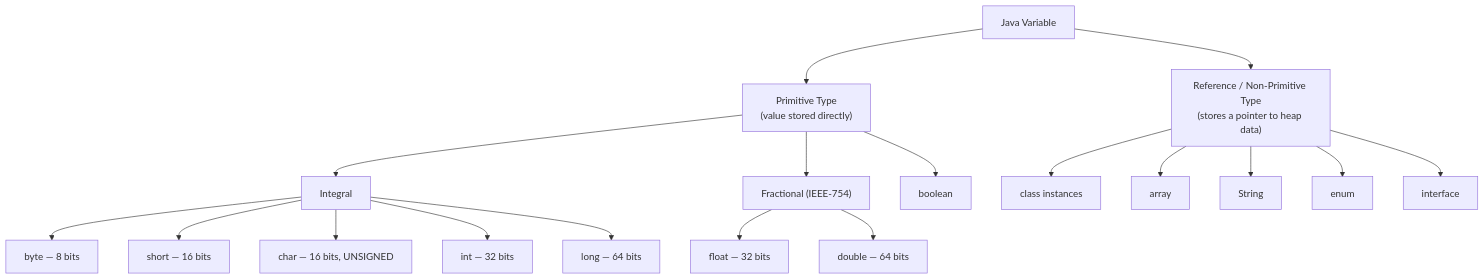
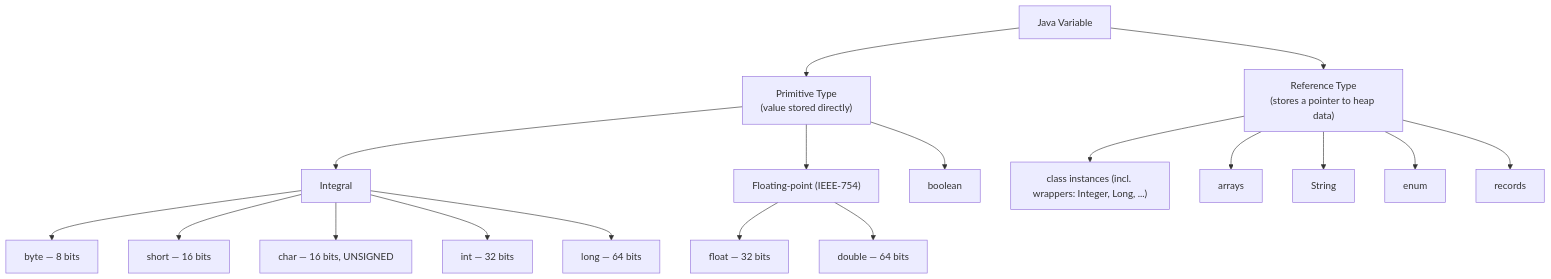
One commit to prabhu-raghunathan/java-learn changed the first of 2 diagrams in docs/01-core-java/variables-and-primitive-types.md. Above: the diagram before and after it, drawn with Mermaid. The commit also changed other lines of this file and 28 other files, not shown here.

````diff
--- a/docs/01-core-java/variables-and-primitive-types.md
+++ b/docs/01-core-java/variables-and-primitive-types.md
@@ -26,24 +34,24 @@
 ```mermaid
 flowchart TB
-    V["Java Variable"] --> P["Primitive Type\n(value stored directly)"]
-    V --> R["Reference / Non-Primitive Type\n(stores a pointer to heap data)"]
+    V["Java Variable"] --> P["Primitive Type<br/>(value stored directly)"]
+    V --> R["Reference Type<br/>(stores a pointer to heap data)"]
 
     P --> I["Integral"]
-    P --> F["Fractional (IEEE-754)"]
+    P --> F["Floating-point (IEEE-754)"]
     P --> B["boolean"]
 
     I --> byte["byte — 8 bits"]
     I --> short["short — 16 bits"]
     I --> char["char — 16 bits, UNSIGNED"]
     I --> int["int — 32 bits"]
     I --> long["long — 64 bits"]
 
     F --> float["float — 32 bits"]
     F --> double["double — 64 bits"]
 
-    R --> Class["class instances"]
-    R --> Arr["array"]
+    R --> Class["class instances (incl. wrappers: Integer, Long, ...)"]
+    R --> Arr["arrays"]
     R --> Str["String"]
     R --> Enum["enum"]
-    R --> Iface["interface"]
+    R --> Rec["records"]
 ```
````
